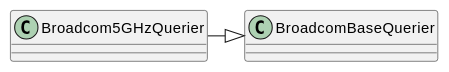
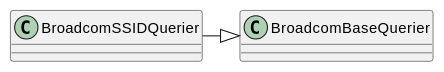
The fifth of 5 diagrams in apcommand/accesspoints/broadcom/querier.rst (russell-n/apcommand), drawn with PlantUML before and after one commit. The commit also changed other lines of this file and 19 other files, not shown here.

Commit message:
Broke the Broadcom Queriers up into BroadcomRadioQuerier and BroadcomSSIDQuerier to start march to one class per page

```diff
--- a/apcommand/accesspoints/broadcom/querier.rst
+++ b/apcommand/accesspoints/broadcom/querier.rst
@@ -112,3 +110,3 @@
 .. uml::
 
-   Broadcom5GHzQuerier -|> BroadcomBaseQuerier
+   BroadcomSSIDQuerier -|> BroadcomBaseQuerier
```
